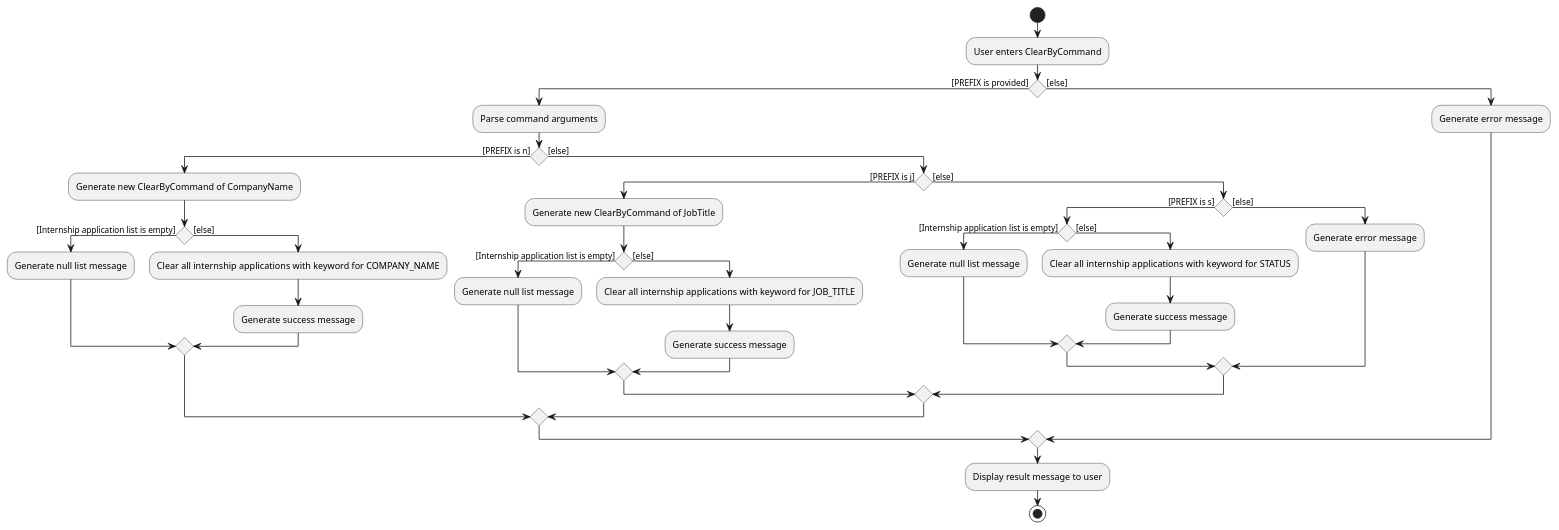
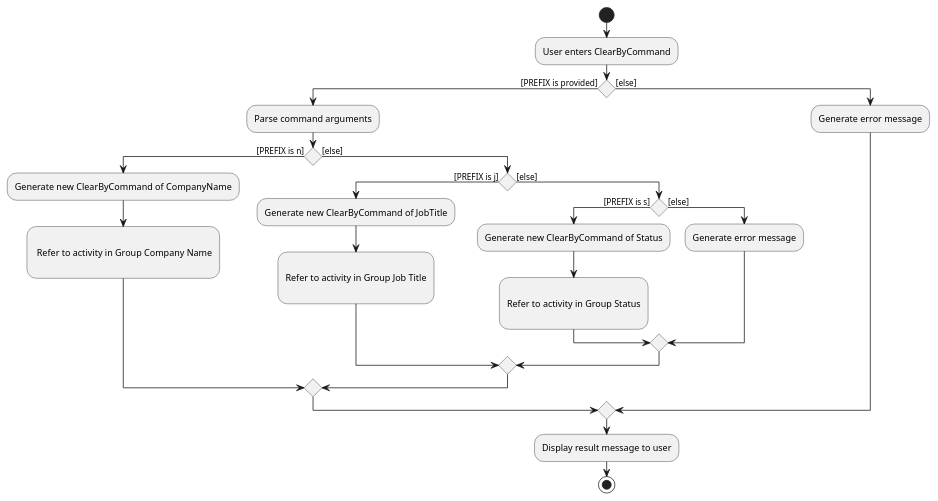
The diagram in docs/diagrams/ClearByActivityDiagram.puml (nus-cs2103-AY2223S2/tp), drawn with PlantUML before and after one commit. The commit also changed 38 other files, not shown here.

```diff
--- a/docs/diagrams/ClearByActivityDiagram.puml
+++ b/docs/diagrams/ClearByActivityDiagram.puml
@@ -1,42 +1,34 @@
 @startuml
 start
 :User enters ClearByCommand;
 if () then ([PREFIX is provided])
     :Parse command arguments;
     if () then ([PREFIX is n])
         :Generate new ClearByCommand of CompanyName;
-        if () then ([Internship application list is empty])
-        :Generate null list message;
-        else ([else])
-        :Clear all internship applications with keyword for COMPANY_NAME;
-        :Generate success message;
-        endif
+        :
+         Refer to activity in Group Company Name
+        ;
         else ([else])
             if () then ([PREFIX is j])
             :Generate new ClearByCommand of JobTitle;
-            if () then ([Internship application list is empty])
-            :Generate null list message;
-            else ([else])
-            :Clear all internship applications with keyword for JOB_TITLE;
-            :Generate success message;
-            endif
+            :
+            Refer to activity in Group Job Title
+            ;
             else ([else])
                 if () then ([PREFIX is s])
-                if () then ([Internship application list is empty])
-                :Generate null list message;
-                else ([else])
-                :Clear all internship applications with keyword for STATUS;
-                :Generate success message;
-                endif
+                :Generate new ClearByCommand of Status;
+                :
+                Refer to activity in Group Status
+                ;
                 else ([else])
                 :Generate error message;
                 endif
             endif
         endif
     else ([else])
     :Generate error message;
 endif
 :Display result message to user;
 stop
 
 @enduml
```
